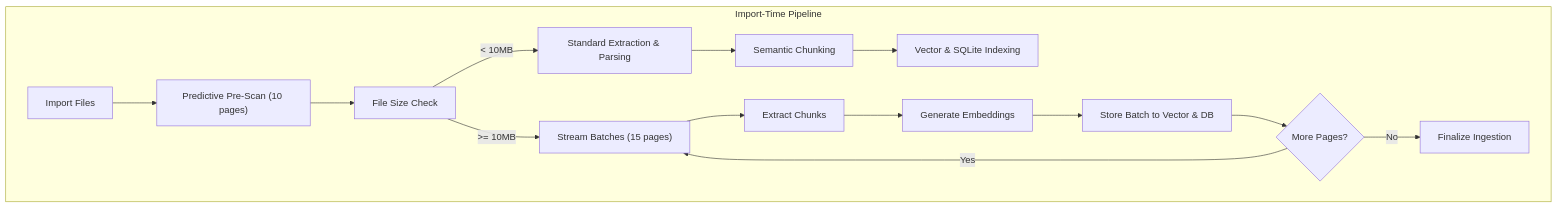
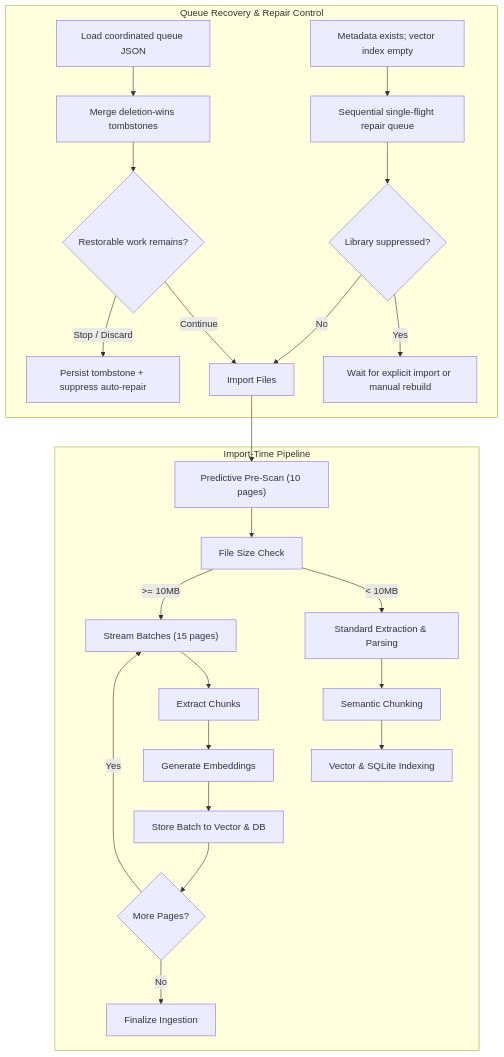
One commit to Gunnarguy/OpenIntelligence changed the third of 7 diagrams in Docs/OPENINTELLIGENCE_ARCHITECTURE_ATLAS.md. Above: the diagram before and after it, drawn with Mermaid. The commit also changed other lines of this file and 15 other files, not shown here.

````diff
--- a/Docs/OPENINTELLIGENCE_ARCHITECTURE_ATLAS.md
+++ b/Docs/OPENINTELLIGENCE_ARCHITECTURE_ATLAS.md
@@ -143,20 +143,30 @@
 ```mermaid
 flowchart TD
+  subgraph RECOVERY["Queue Recovery & Repair Control"]
+    Q1["Load coordinated queue JSON"] --> Q2["Merge deletion-wins tombstones"]
+    Q2 --> Q3{"Restorable work remains?"}
+    Q3 -- "Continue" --> A1
+    Q3 -- "Stop / Discard" --> Q4["Persist tombstone + suppress auto-repair"]
+    E1["Metadata exists; vector index empty"] --> E2["Sequential single-flight repair queue"]
+    E2 --> E3{"Library suppressed?"}
+    E3 -- "Yes" --> E4["Wait for explicit import or manual rebuild"]
+    E3 -- "No" --> A1
+  end
   subgraph INGEST["Import-Time Pipeline"]
     A1["Import Files"]
     SCAN["Predictive Pre-Scan (10 pages)"]
     A1 --> SCAN
     SCAN --> A2["File Size Check"]
     A2 -- "< 10MB" --> A3["Standard Extraction & Parsing"]
     A3 --> A4["Semantic Chunking"]
     A4 --> A5["Vector & SQLite Indexing"]
     
     A2 -- ">= 10MB" --> S1["Stream Batches (15 pages)"]
     S1 --> S2["Extract Chunks"]
     S2 --> S3["Generate Embeddings"]
     S3 --> S4["Store Batch to Vector & DB"]
     S4 --> S5{"More Pages?"}
     S5 -- "Yes" --> S1
     S5 -- "No" --> S6["Finalize Ingestion"]
   end
 ```
````
